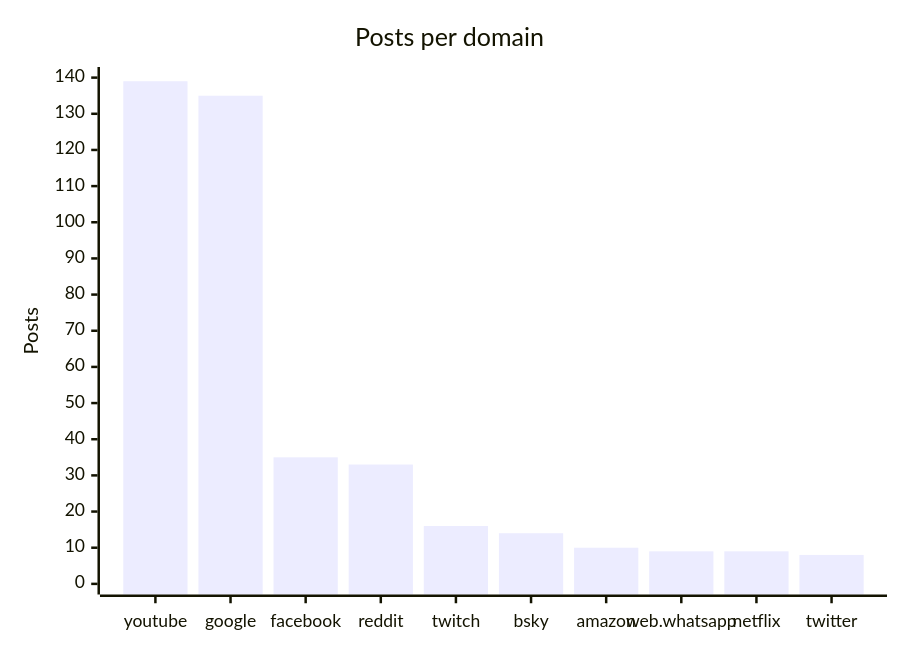
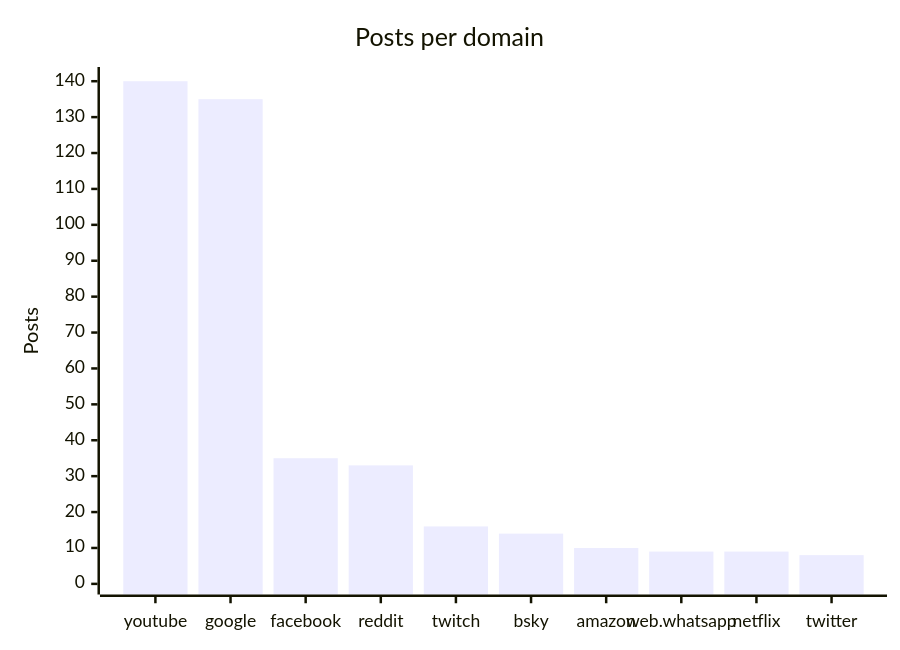
One commit to martinbalfanz/social-scanner-reports changed the fourth of 4 diagrams in README.md. Above: the diagram before and after it, drawn with Mermaid. The commit also changed other lines of this file and 4 other files, not shown here.

````diff
--- a/README.md
+++ b/README.md
@@ -58,7 +58,7 @@
 ```mermaid
 xychart-beta
     title "Posts per domain"
     x-axis ["youtube", "google", "facebook", "reddit", "twitch", "bsky", "amazon", "web.whatsapp", "netflix", "twitter"]
-    y-axis "Posts" 0 --> 140
-    bar [139, 135, 35, 33, 16, 14, 10, 9, 9, 8]
+    y-axis "Posts" 0 --> 141
+    bar [140, 135, 35, 33, 16, 14, 10, 9, 9, 8]
 ```
````
